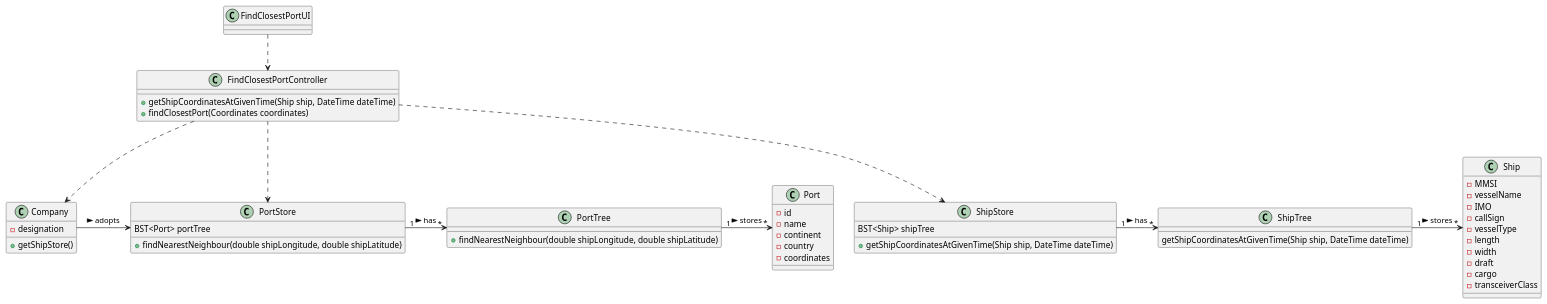
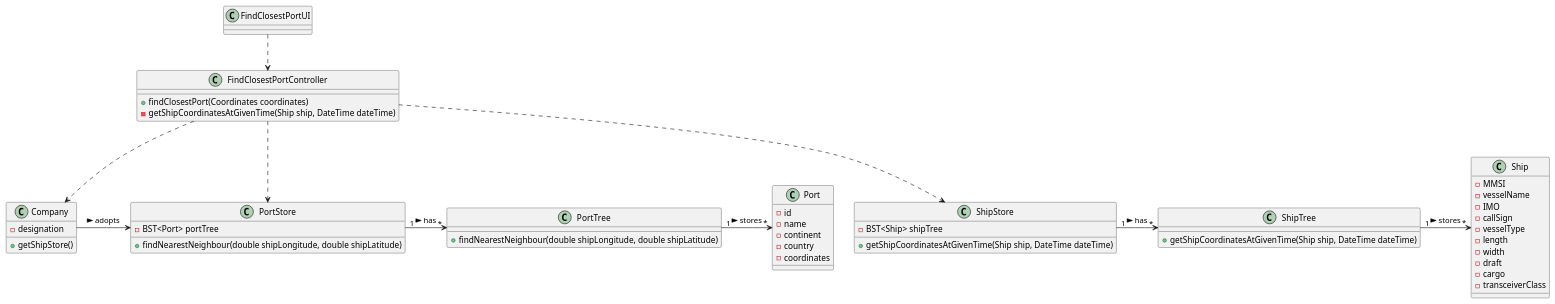
Before and after one commit to mpoboas/lapr3-2021-g102: the diagram in docs/Sprint2/US202/US202_CD.puml, drawn with PlantUML. The commit also changed 1 other file, not shown here.

Commit message:
<G0102-36> Modified class diagram

```diff
--- a/docs/Sprint2/US202/US202_CD.puml
+++ b/docs/Sprint2/US202/US202_CD.puml
@@ -1,66 +1,66 @@
 @startuml
 'https://plantuml.com/class-diagram
 
 class Company {
 -designation
 +getShipStore()
 }
 
 class FindClosestPortUI {
 }
 
 class FindClosestPortController {
-+getShipCoordinatesAtGivenTime(Ship ship, DateTime dateTime)
 +findClosestPort(Coordinates coordinates)
+-getShipCoordinatesAtGivenTime(Ship ship, DateTime dateTime)
 }
 
 class ShipStore {
-BST<Ship> shipTree
+-BST<Ship> shipTree
 +getShipCoordinatesAtGivenTime(Ship ship, DateTime dateTime)
 }
 
 class ShipTree {
-getShipCoordinatesAtGivenTime(Ship ship, DateTime dateTime)
++getShipCoordinatesAtGivenTime(Ship ship, DateTime dateTime)
 }
 
 class Ship {
 -MMSI
 -vesselName
 -IMO
 -callSign
 -vesselType
 -length
 -width
 -draft
 -cargo
 -transceiverClass
 }
 
 class PortStore {
-BST<Port> portTree
+-BST<Port> portTree
 +findNearestNeighbour(double shipLongitude, double shipLatitude)
 }
 
 class PortTree {
 +findNearestNeighbour(double shipLongitude, double shipLatitude)
 }
 
 class Port {
 -id
 -name
 -continent
 -country
 -coordinates
 }
 
 FindClosestPortUI ..> FindClosestPortController
 Company -> PortStore : adopts >
 PortStore "1" ->  "*" PortTree: has >
 PortTree "1" ->  "*" Port: stores >
 ShipStore "1" ->  "*" ShipTree: has >
 ShipTree "1" ->  "*" Ship: stores >
 FindClosestPortController ..> Company
 FindClosestPortController ..> PortStore
 FindClosestPortController ..> ShipStore
 
 @enduml
```
